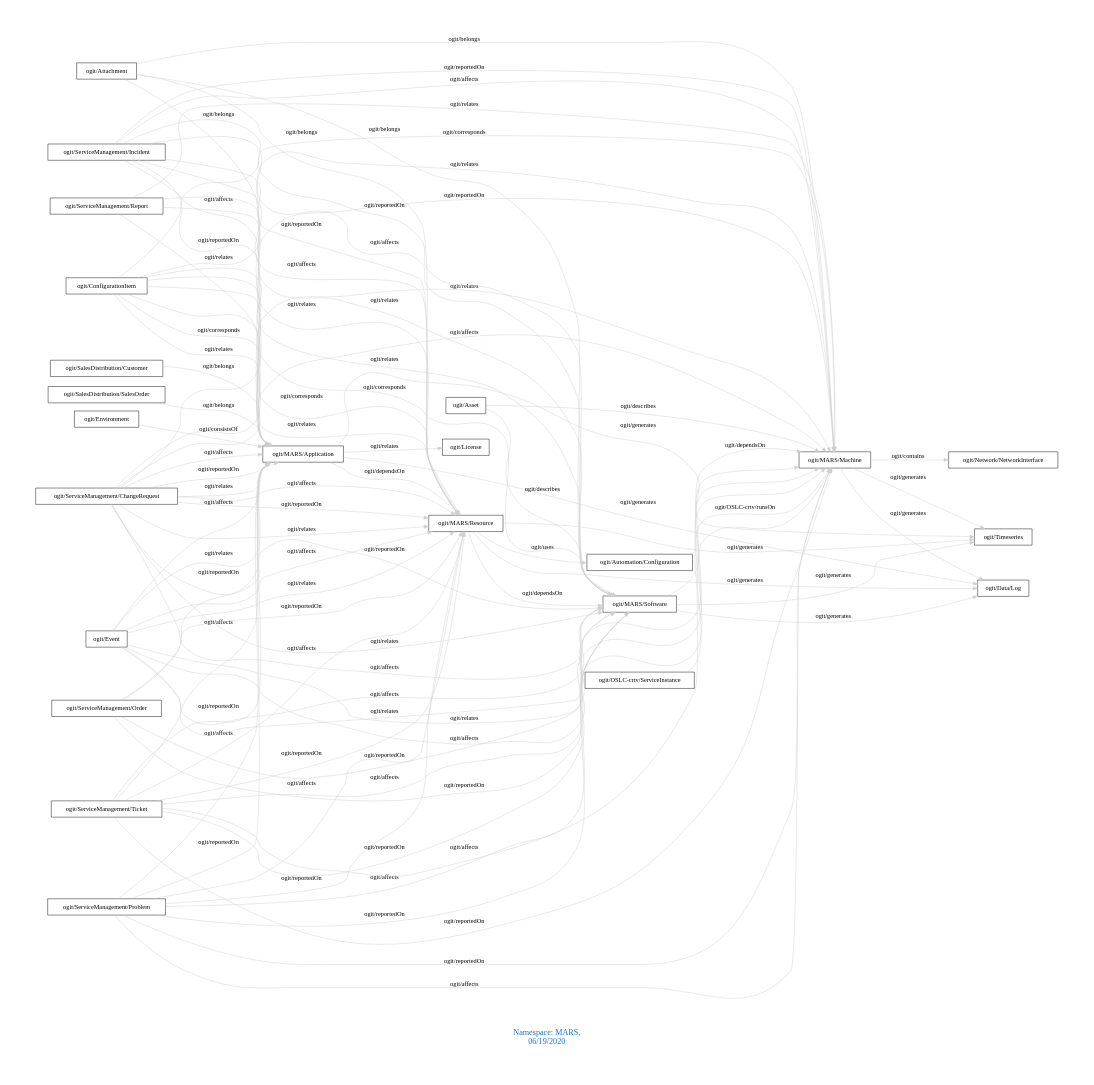
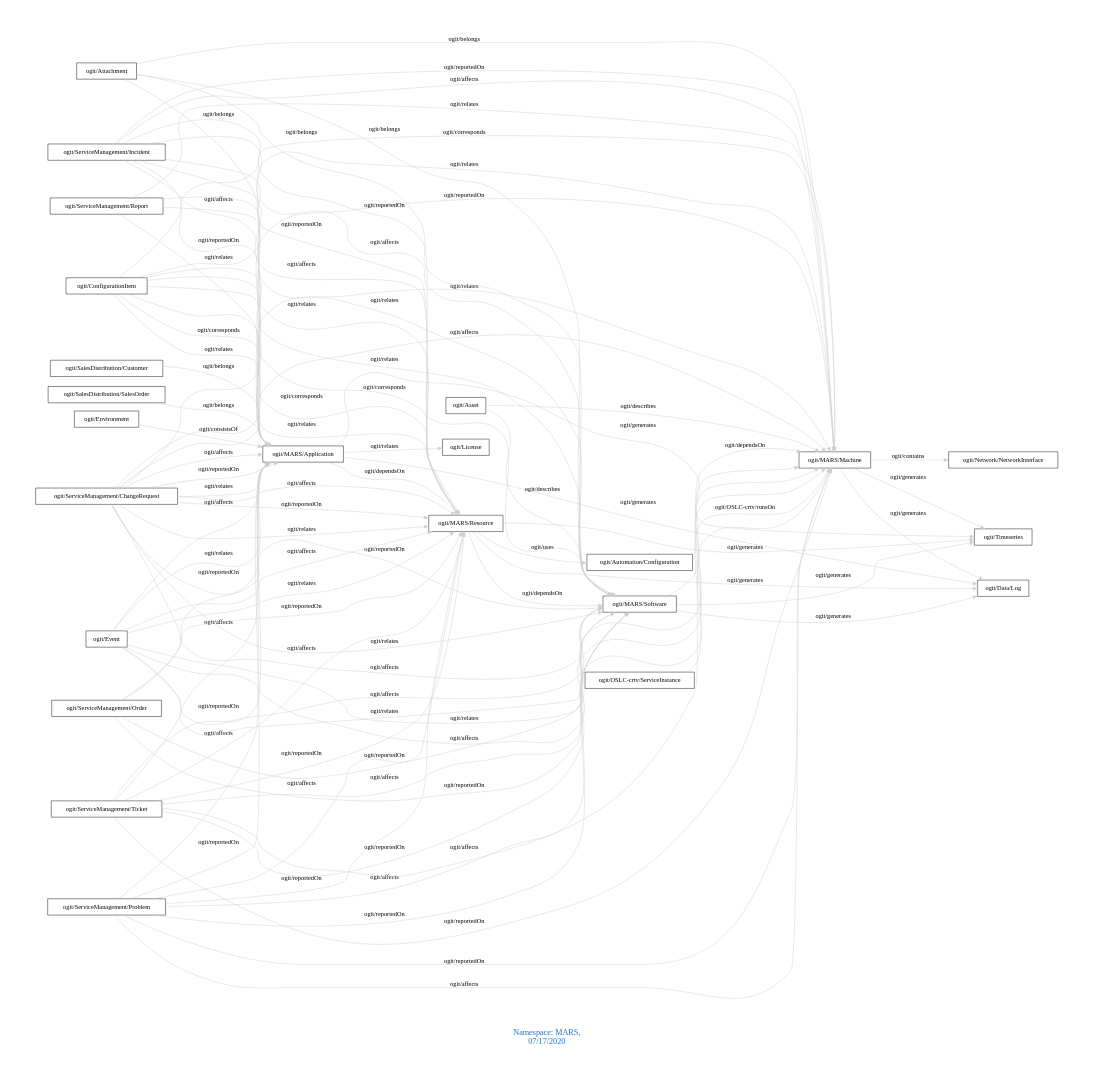
Before and after one commit to arago/OGIT: the diagram in downloads/MARS.dot, drawn with Graphviz. The commit also changed 1777 other files, not shown here.

```diff
--- a/downloads/MARS.dot
+++ b/downloads/MARS.dot
@@ -1,92 +1,92 @@
 digraph OGIT_ontology {
  graph [ rankdir= LR,pad=1 
 fontsize = 18,
-fontcolor= dodgerblue3,label = "\n\n\nNamespace: MARS, \n 06/19/2020"];
+fontcolor= dodgerblue3,label = "\n\n\nNamespace: MARS, \n 07/17/2020"];
 node[shape=polygon];
 edge [  color="gray81"];
 
    "ogit/MARS/Machine" -> "ogit/Network/NetworkInterface" [label="   ogit/contains    "];
    "ogit/MARS/Application" -> "ogit/Data/Log" [label="   ogit/generates    "];
    "ogit/MARS/Application" -> "ogit/Timeseries" [label="   ogit/generates    "];
    "ogit/MARS/Machine" -> "ogit/Data/Log" [label="   ogit/generates    "];
    "ogit/MARS/Machine" -> "ogit/Timeseries" [label="   ogit/generates    "];
    "ogit/MARS/Resource" -> "ogit/Data/Log" [label="   ogit/generates    "];
    "ogit/MARS/Resource" -> "ogit/Timeseries" [label="   ogit/generates    "];
    "ogit/MARS/Software" -> "ogit/Data/Log" [label="   ogit/generates    "];
    "ogit/MARS/Software" -> "ogit/Timeseries" [label="   ogit/generates    "];
    "ogit/Asset" -> "ogit/MARS/Software" [label="   ogit/describes    "];
    "ogit/Asset" -> "ogit/MARS/Machine" [label="   ogit/describes    "];
    "ogit/ConfigurationItem" -> "ogit/MARS/Application" [label="   ogit/corresponds    "];
    "ogit/ConfigurationItem" -> "ogit/MARS/Resource" [label="   ogit/corresponds    "];
    "ogit/ConfigurationItem" -> "ogit/MARS/Software" [label="   ogit/corresponds    "];
    "ogit/ConfigurationItem" -> "ogit/MARS/Machine" [label="   ogit/corresponds    "];
    "ogit/ServiceManagement/ChangeRequest" -> "ogit/MARS/Application" [label="   ogit/affects    "];
    "ogit/ServiceManagement/ChangeRequest" -> "ogit/MARS/Resource" [label="   ogit/affects    "];
    "ogit/ServiceManagement/ChangeRequest" -> "ogit/MARS/Software" [label="   ogit/affects    "];
    "ogit/ServiceManagement/ChangeRequest" -> "ogit/MARS/Machine" [label="   ogit/affects    "];
    "ogit/ServiceManagement/Incident" -> "ogit/MARS/Application" [label="   ogit/affects    "];
    "ogit/ServiceManagement/Incident" -> "ogit/MARS/Resource" [label="   ogit/affects    "];
    "ogit/ServiceManagement/Incident" -> "ogit/MARS/Software" [label="   ogit/affects    "];
    "ogit/ServiceManagement/Incident" -> "ogit/MARS/Machine" [label="   ogit/affects    "];
    "ogit/ServiceManagement/Problem" -> "ogit/MARS/Application" [label="   ogit/affects    "];
    "ogit/ServiceManagement/Problem" -> "ogit/MARS/Resource" [label="   ogit/affects    "];
    "ogit/ServiceManagement/Problem" -> "ogit/MARS/Software" [label="   ogit/affects    "];
    "ogit/ServiceManagement/Problem" -> "ogit/MARS/Machine" [label="   ogit/affects    "];
    "ogit/ServiceManagement/Ticket" -> "ogit/MARS/Application" [label="   ogit/affects    "];
    "ogit/ServiceManagement/Ticket" -> "ogit/MARS/Resource" [label="   ogit/affects    "];
    "ogit/ServiceManagement/Ticket" -> "ogit/MARS/Software" [label="   ogit/affects    "];
    "ogit/ServiceManagement/Ticket" -> "ogit/MARS/Machine" [label="   ogit/affects    "];
    "ogit/Event" -> "ogit/MARS/Application" [label="   ogit/affects    "];
    "ogit/Event" -> "ogit/MARS/Resource" [label="   ogit/affects    "];
    "ogit/Event" -> "ogit/MARS/Software" [label="   ogit/affects    "];
    "ogit/Event" -> "ogit/MARS/Machine" [label="   ogit/affects    "];
    "ogit/OSLC-crtv/ServiceInstance" -> "ogit/MARS/Machine" [label="   ogit/OSLC-crtv/runsOn    "];
    "ogit/MARS/Application" -> "ogit/MARS/Resource" [label="   ogit/dependsOn    "];
    "ogit/MARS/Resource" -> "ogit/MARS/Software" [label="   ogit/dependsOn    "];
    "ogit/MARS/Software" -> "ogit/MARS/Machine" [label="   ogit/dependsOn    "];
    "ogit/SalesDistribution/Customer" -> "ogit/MARS/Application" [label="   ogit/belongs    "];
    "ogit/SalesDistribution/SalesOrder" -> "ogit/MARS/Application" [label="   ogit/belongs    "];
    "ogit/Attachment" -> "ogit/MARS/Machine" [label="   ogit/belongs    "];
    "ogit/Attachment" -> "ogit/MARS/Software" [label="   ogit/belongs    "];
    "ogit/Attachment" -> "ogit/MARS/Resource" [label="   ogit/belongs    "];
    "ogit/Attachment" -> "ogit/MARS/Application" [label="   ogit/belongs    "];
    "ogit/MARS/Resource" -> "ogit/Automation/Configuration" [label="   ogit/uses    "];
    "ogit/ServiceManagement/ChangeRequest" -> "ogit/MARS/Machine" [label="   ogit/reportedOn    "];
    "ogit/ServiceManagement/ChangeRequest" -> "ogit/MARS/Software" [label="   ogit/reportedOn    "];
    "ogit/ServiceManagement/ChangeRequest" -> "ogit/MARS/Resource" [label="   ogit/reportedOn    "];
    "ogit/ServiceManagement/ChangeRequest" -> "ogit/MARS/Application" [label="   ogit/reportedOn    "];
    "ogit/ServiceManagement/Incident" -> "ogit/MARS/Machine" [label="   ogit/reportedOn    "];
    "ogit/ServiceManagement/Incident" -> "ogit/MARS/Software" [label="   ogit/reportedOn    "];
    "ogit/ServiceManagement/Incident" -> "ogit/MARS/Resource" [label="   ogit/reportedOn    "];
    "ogit/ServiceManagement/Incident" -> "ogit/MARS/Application" [label="   ogit/reportedOn    "];
    "ogit/ServiceManagement/Order" -> "ogit/MARS/Machine" [label="   ogit/reportedOn    "];
    "ogit/ServiceManagement/Order" -> "ogit/MARS/Software" [label="   ogit/reportedOn    "];
    "ogit/ServiceManagement/Order" -> "ogit/MARS/Resource" [label="   ogit/reportedOn    "];
    "ogit/ServiceManagement/Order" -> "ogit/MARS/Application" [label="   ogit/reportedOn    "];
    "ogit/ServiceManagement/Problem" -> "ogit/MARS/Machine" [label="   ogit/reportedOn    "];
    "ogit/ServiceManagement/Problem" -> "ogit/MARS/Software" [label="   ogit/reportedOn    "];
    "ogit/ServiceManagement/Problem" -> "ogit/MARS/Resource" [label="   ogit/reportedOn    "];
    "ogit/ServiceManagement/Problem" -> "ogit/MARS/Application" [label="   ogit/reportedOn    "];
    "ogit/ServiceManagement/Ticket" -> "ogit/MARS/Machine" [label="   ogit/reportedOn    "];
    "ogit/ServiceManagement/Ticket" -> "ogit/MARS/Software" [label="   ogit/reportedOn    "];
    "ogit/ServiceManagement/Ticket" -> "ogit/MARS/Resource" [label="   ogit/reportedOn    "];
    "ogit/ServiceManagement/Ticket" -> "ogit/MARS/Application" [label="   ogit/reportedOn    "];
    "ogit/Environment" -> "ogit/MARS/Application" [label="   ogit/consistsOf    "];
    "ogit/MARS/Application" -> "ogit/License" [label="   ogit/relates    "];
    "ogit/ServiceManagement/ChangeRequest" -> "ogit/MARS/Machine" [label="   ogit/relates    "];
    "ogit/ServiceManagement/ChangeRequest" -> "ogit/MARS/Software" [label="   ogit/relates    "];
    "ogit/ServiceManagement/ChangeRequest" -> "ogit/MARS/Resource" [label="   ogit/relates    "];
    "ogit/ServiceManagement/ChangeRequest" -> "ogit/MARS/Application" [label="   ogit/relates    "];
    "ogit/ServiceManagement/Report" -> "ogit/MARS/Machine" [label="   ogit/relates    "];
    "ogit/ServiceManagement/Report" -> "ogit/MARS/Software" [label="   ogit/relates    "];
    "ogit/ServiceManagement/Report" -> "ogit/MARS/Resource" [label="   ogit/relates    "];
    "ogit/ServiceManagement/Report" -> "ogit/MARS/Application" [label="   ogit/relates    "];
    "ogit/ConfigurationItem" -> "ogit/MARS/Machine" [label="   ogit/relates    "];
    "ogit/ConfigurationItem" -> "ogit/MARS/Software" [label="   ogit/relates    "];
    "ogit/ConfigurationItem" -> "ogit/MARS/Resource" [label="   ogit/relates    "];
    "ogit/ConfigurationItem" -> "ogit/MARS/Application" [label="   ogit/relates    "];
    "ogit/Event" -> "ogit/MARS/Machine" [label="   ogit/relates    "];
    "ogit/Event" -> "ogit/MARS/Software" [label="   ogit/relates    "];
    "ogit/Event" -> "ogit/MARS/Resource" [label="   ogit/relates    "];
    "ogit/Event" -> "ogit/MARS/Application" [label="   ogit/relates    "];
 }
```
